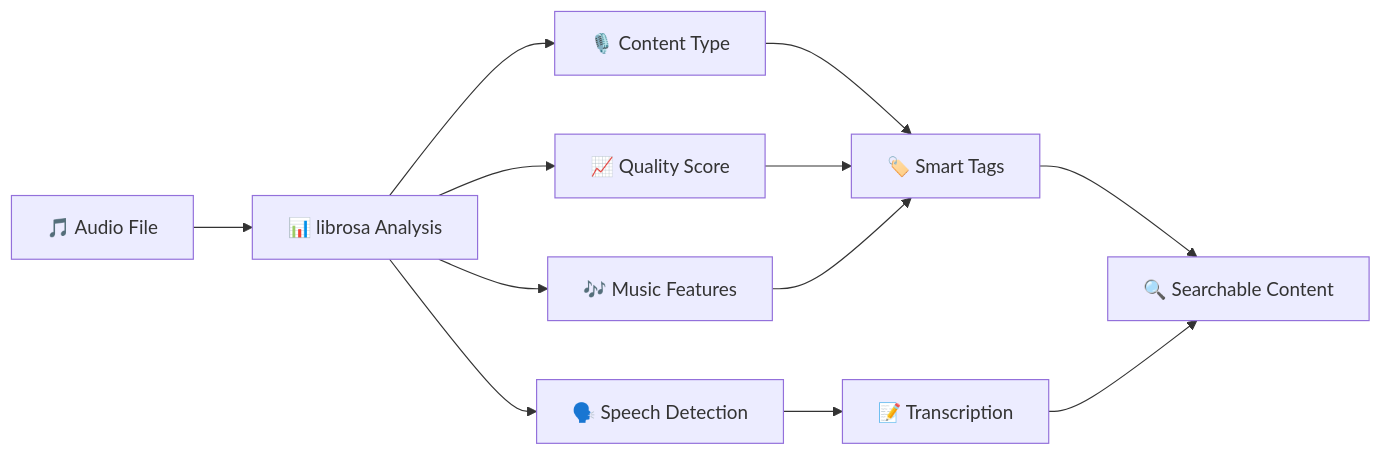
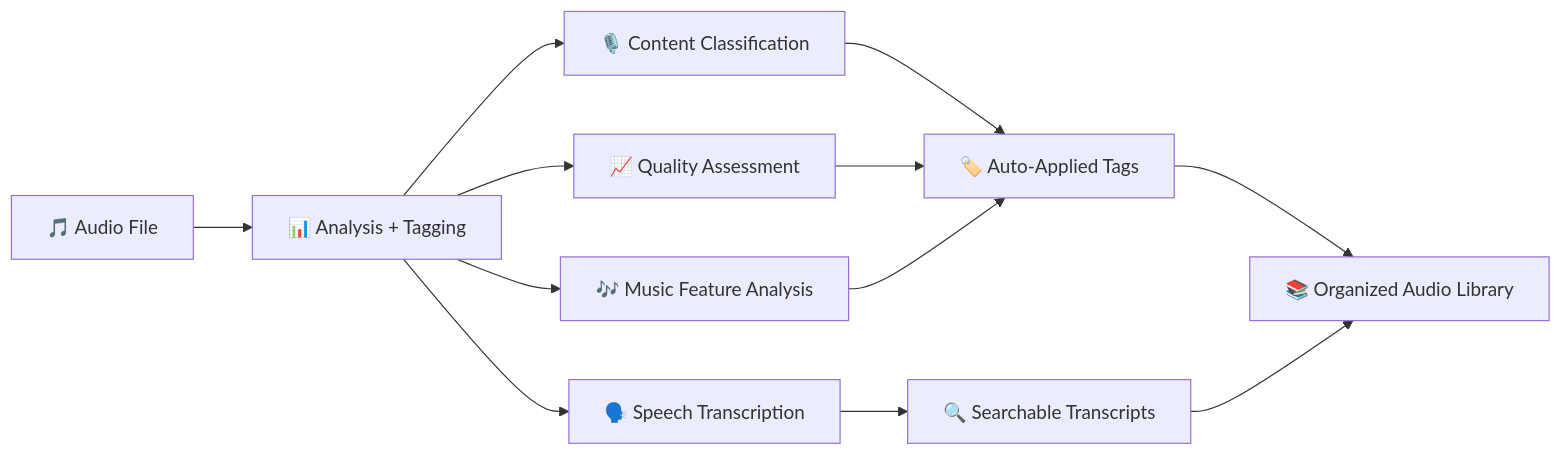
Before and after one commit to thebearwithabite/ai-file-organizer: the third of 12 diagrams in README.md, drawn with Mermaid. The commit also changed other lines of this file and 7 other files, not shown here.

````diff
--- a/README.md
+++ b/README.md
@@ -153,14 +215,14 @@
 ```mermaid
 graph LR
-    A[🎵 Audio File] --> B[📊 librosa Analysis]
-    B --> C[🎙️ Content Type]
-    B --> D[📈 Quality Score]
-    B --> E[🗣️ Speech Detection]
-    B --> F[🎶 Music Features]
-    C --> G[🏷️ Smart Tags]
+    A[🎵 Audio File] --> B[📊 Analysis + Tagging]
+    B --> C[🎙️ Content Classification]
+    B --> D[📈 Quality Assessment]
+    B --> E[🗣️ Speech Transcription]
+    B --> F[🎶 Music Feature Analysis]
+    C --> G[🏷️ Auto-Applied Tags]
     D --> G
-    E --> H[📝 Transcription]
+    E --> H[🔍 Searchable Transcripts]
     F --> G
-    G --> I[🔍 Searchable Content]
+    G --> I[📚 Organized Audio Library]
     H --> I
 ```
````
